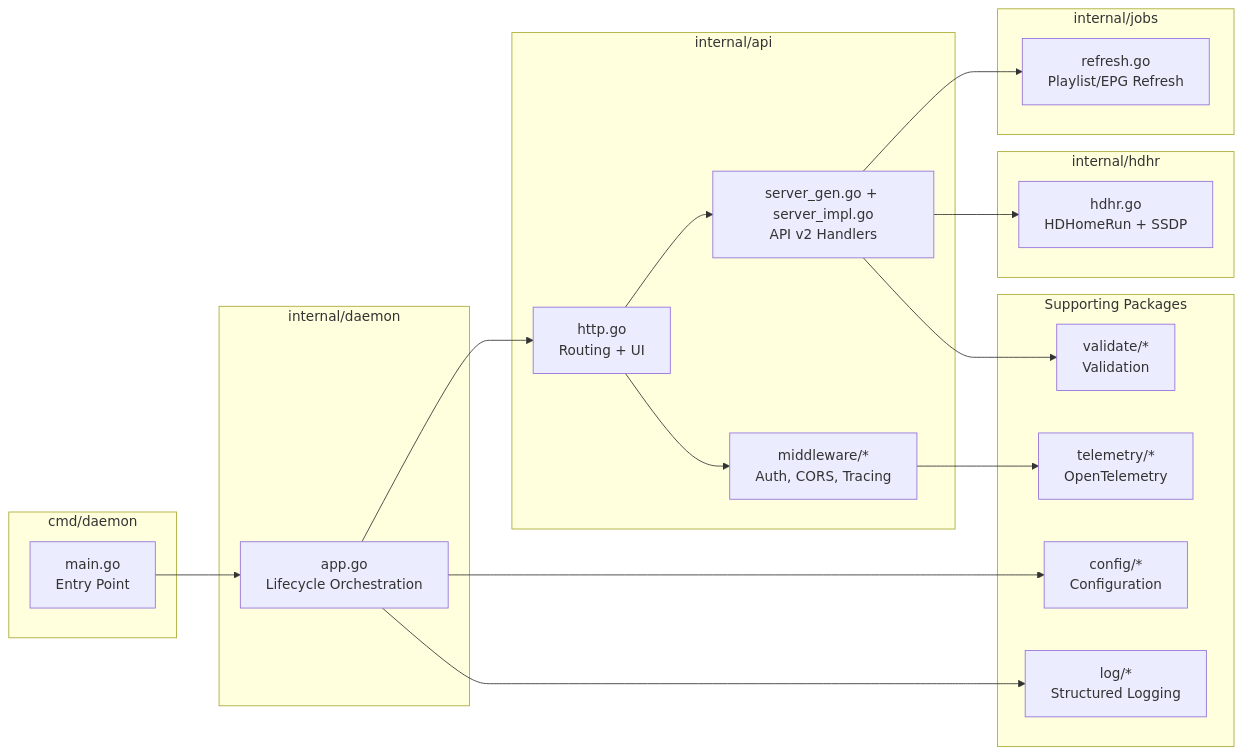
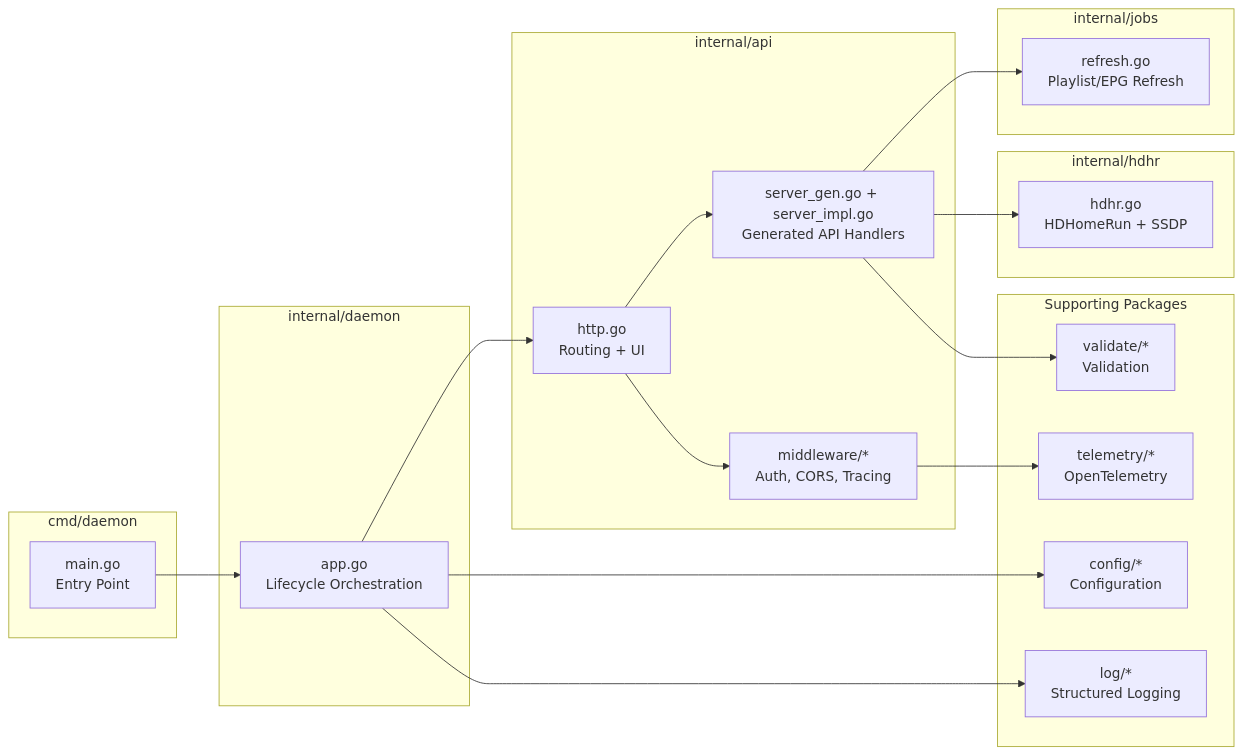
Before and after one commit to ManuGH/xg2g: the second of 4 diagrams in docs/ARCHITECTURE.md, drawn with Mermaid. The commit also changed other lines of this file and 49 other files, not shown here.

````diff
--- a/docs/ARCHITECTURE.md
+++ b/docs/ARCHITECTURE.md
@@ -78,42 +78,42 @@
 ```mermaid
 graph LR
     subgraph "cmd/daemon"
         Main[main.go<br/>Entry Point]
     end
 
     subgraph "internal/daemon"
         App[app.go<br/>Lifecycle Orchestration]
     end
 
     subgraph "internal/api"
         Router[http.go<br/>Routing + UI]
-        V2[server_gen.go + server_impl.go<br/>API v2 Handlers]
+        APIHandlers[server_gen.go + server_impl.go<br/>Generated API Handlers]
         MW[middleware/*<br/>Auth, CORS, Tracing]
     end
 
     subgraph "internal/jobs"
         Refresh[refresh.go<br/>Playlist/EPG Refresh]
     end
 
     subgraph "internal/hdhr"
         HDHR[hdhr.go<br/>HDHomeRun + SSDP]
     end
 
     subgraph "Supporting Packages"
         Config[config/*<br/>Configuration]
         Validate[validate/*<br/>Validation]
         Telemetry[telemetry/*<br/>OpenTelemetry]
         Log[log/*<br/>Structured Logging]
     end
 
     Main --> App
     App --> Router
-    Router --> V2
+    Router --> APIHandlers
     Router --> MW
-    V2 --> Refresh
-    V2 --> HDHR
+    APIHandlers --> Refresh
+    APIHandlers --> HDHR
     App --> Config
-    V2 --> Validate
+    APIHandlers --> Validate
     MW --> Telemetry
     App --> Log
 ```
````
